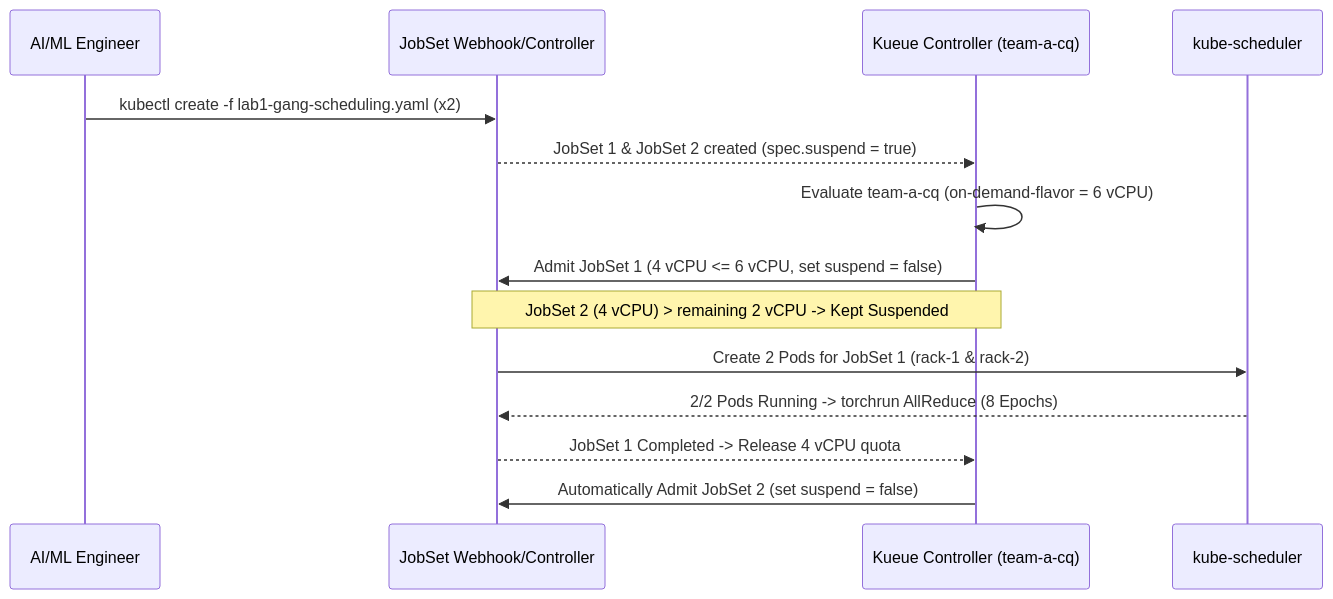
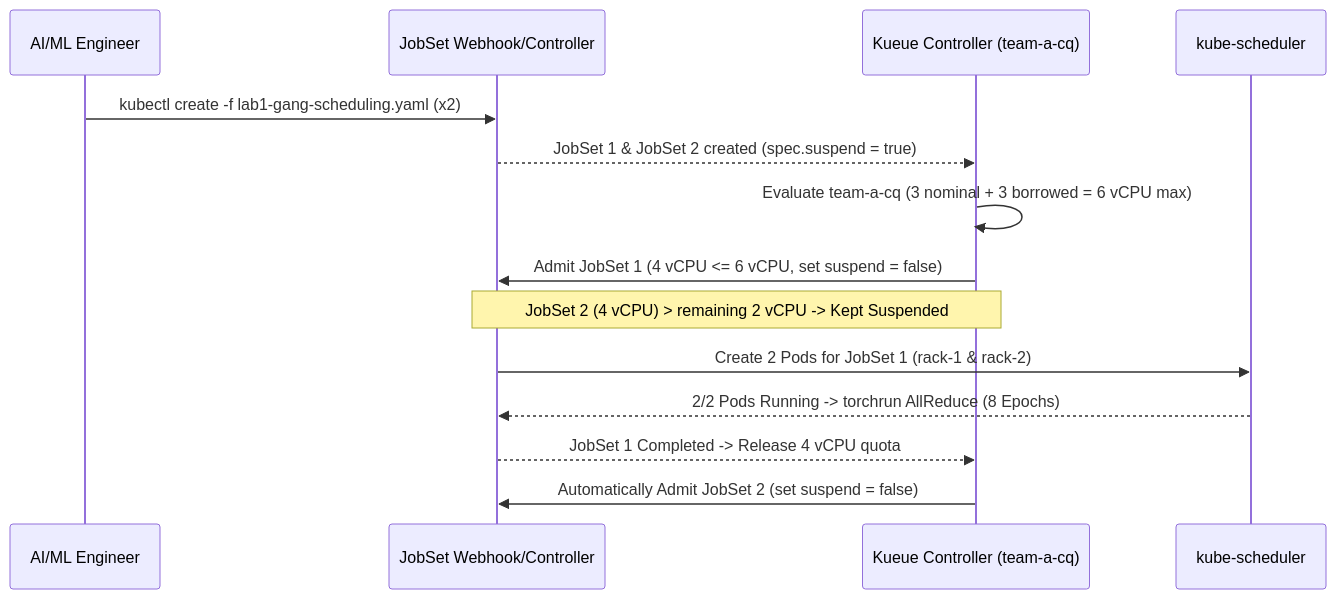
One commit to devenes/gke-kueue-ai-workshop changed the first of 5 diagrams in docs/03-labs-step-by-step-guide.md. Above: the diagram before and after it, drawn with Mermaid. The commit also changed other lines of this file and 5 other files, not shown here.

````diff
--- a/docs/03-labs-step-by-step-guide.md
+++ b/docs/03-labs-step-by-step-guide.md
@@ -23,17 +23,17 @@
 ```mermaid
 sequenceDiagram
     participant User as AI/ML Engineer
     participant JS as JobSet Webhook/Controller
     participant Kueue as Kueue Controller (team-a-cq)
     participant Sched as kube-scheduler
 
     User->>JS: kubectl create -f lab1-gang-scheduling.yaml (x2)
     JS-->>Kueue: JobSet 1 & JobSet 2 created (spec.suspend = true)
-    Kueue->>Kueue: Evaluate team-a-cq (on-demand-flavor = 6 vCPU)
+    Kueue->>Kueue: Evaluate team-a-cq (3 nominal + 3 borrowed = 6 vCPU max)
     Kueue->>JS: Admit JobSet 1 (4 vCPU <= 6 vCPU, set suspend = false)
     Note over Kueue,JS: JobSet 2 (4 vCPU) > remaining 2 vCPU -> Kept Suspended
     JS->>Sched: Create 2 Pods for JobSet 1 (rack-1 & rack-2)
     Sched-->>JS: 2/2 Pods Running -> torchrun AllReduce (8 Epochs)
     JS-->>Kueue: JobSet 1 Completed -> Release 4 vCPU quota
     Kueue->>JS: Automatically Admit JobSet 2 (set suspend = false)
 ```
````
